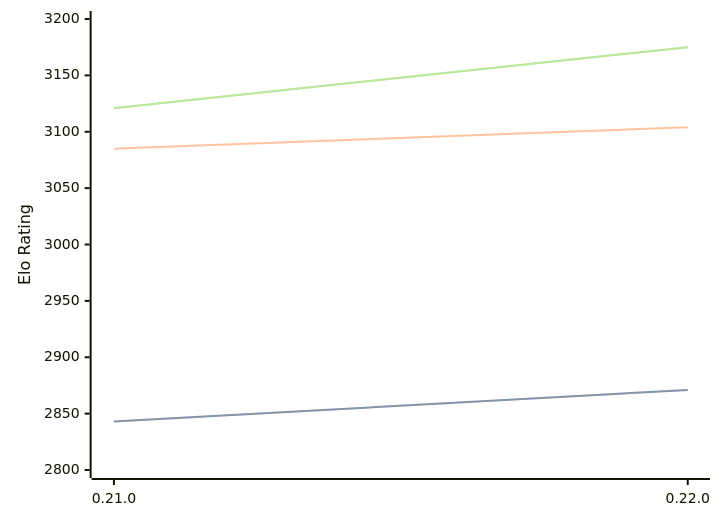
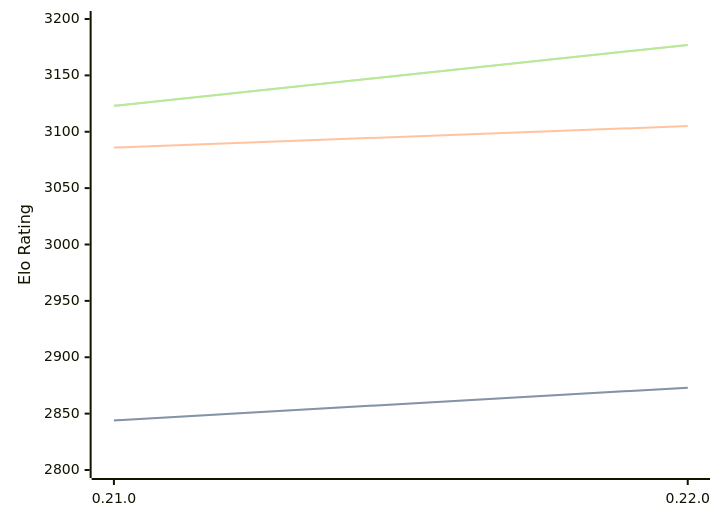
One commit to computer-chess-index/cci changed the diagram in engines/Princhess.md. Above: the diagram before and after it, drawn with Mermaid. The commit also changed other lines of this file, not shown here.

Commit message:
Update CCI Ratings (ELO VLTC) - 2026-10-09

````diff
--- a/engines/Princhess.md
+++ b/engines/Princhess.md
@@ -32,11 +32,11 @@
 ```mermaid
 %%{init: {"theme":"base","themeVariables":{"seriesColors:['#a3a3a3','#222221','#faa371']}}}%%
 xychart-beta
   x-axis ["0.21.0", "0.22.0"]
   y-axis "Elo Rating" 2800 --> 3200
-  line "" [2843, 2871]
-  line "STC (8.0+0.08s)" [2843, 2871]
-  line "LTC (60.0+0.60s)" [3085, 3104]
-  line "" [3121, 3175]
-  line "VLTC (2m24s+1.12s)" [3121, 3175]
+  line "" [2844, 2873]
+  line "STC (8.0+0.08s)" [2844, 2873]
+  line "LTC (60.0+0.60s)" [3086, 3105]
+  line "" [3123, 3177]
+  line "VLTC (2m24s+1.12s)" [3123, 3177]
 ```
````
